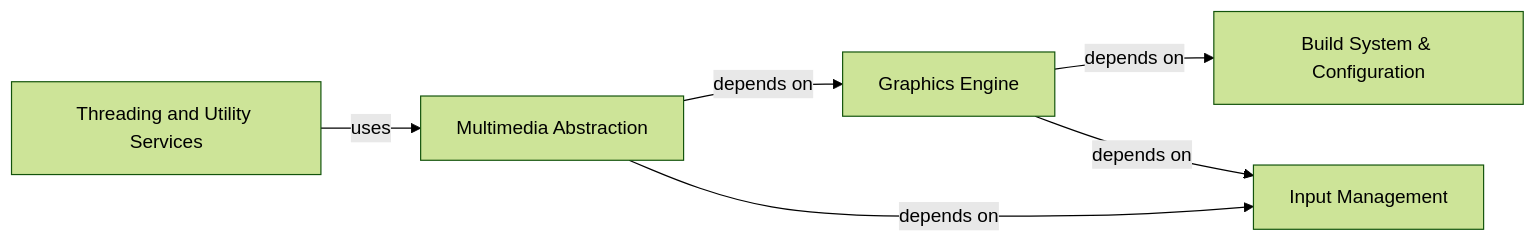
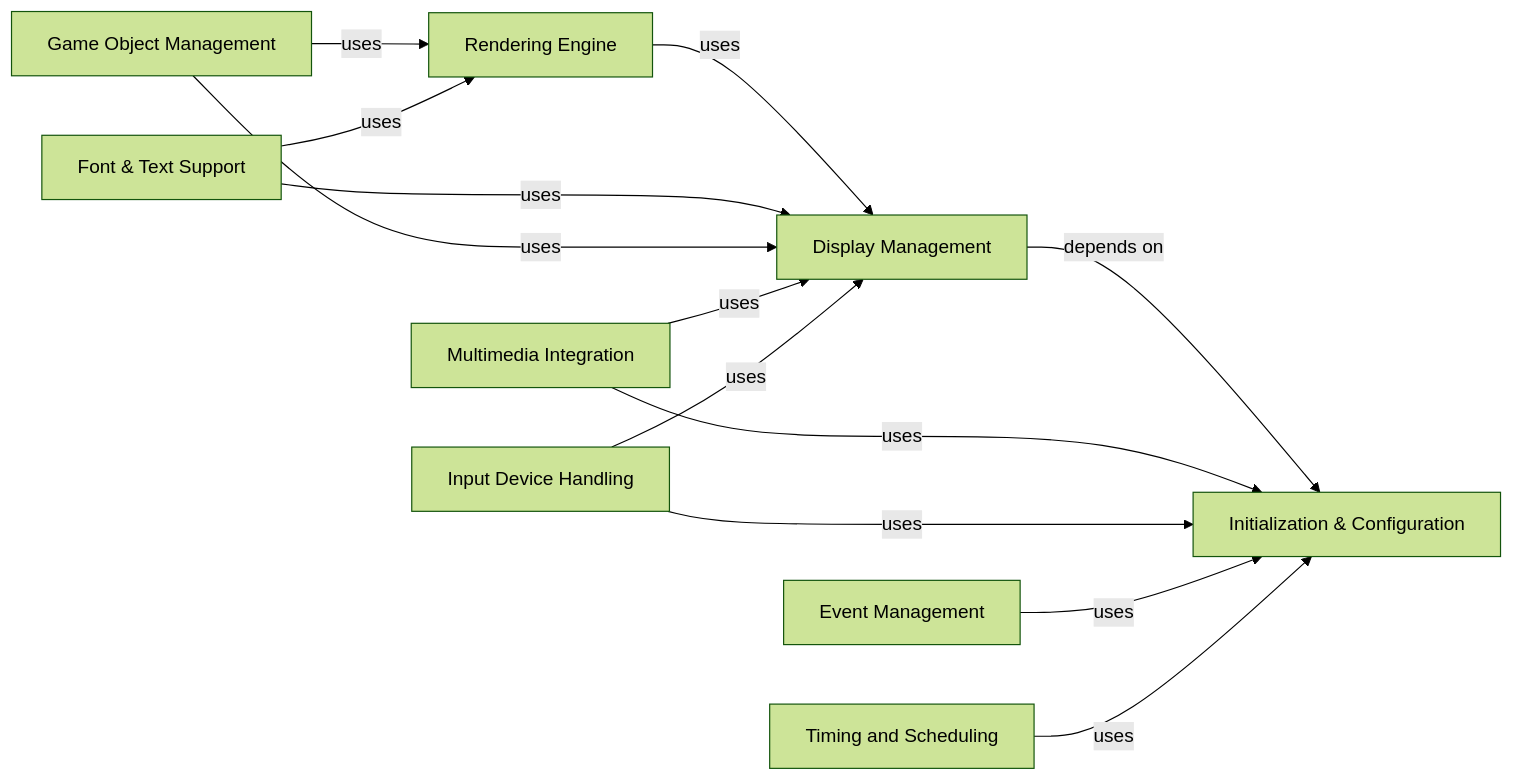
Before and after one commit to CodeBoarding/GeneratedOnBoardings: the diagram in pygame/on_boarding.md, drawn with Mermaid (forest theme). The commit also changed other lines of this file and 14 other files, not shown here.

````diff
--- a/pygame/on_boarding.md
+++ b/pygame/on_boarding.md
@@ -1,18 +1,33 @@
 ```mermaid
 graph LR
-    Build_System_Configuration["Build System & Configuration"]
-    Graphics_Engine["Graphics Engine"]
-    Input_Management["Input Management"]
-    Multimedia_Abstraction["Multimedia Abstraction"]
-    Threading_and_Utility_Services["Threading and Utility Services"]
-    Graphics_Engine -- "depends on" --> Build_System_Configuration
-    Graphics_Engine -- "depends on" --> Input_Management
-    Multimedia_Abstraction -- "depends on" --> Graphics_Engine
-    Multimedia_Abstraction -- "depends on" --> Input_Management
-    Threading_and_Utility_Services -- "uses" --> Multimedia_Abstraction
-    click Build_System_Configuration href "https://github.com/CodeBoarding/GeneratedOnBoardings/blob/main/pygame/Build System & Configuration.md" "Details"
-    click Graphics_Engine href "https://github.com/CodeBoarding/GeneratedOnBoardings/blob/main/pygame/Graphics Engine.md" "Details"
-    click Input_Management href "https://github.com/CodeBoarding/GeneratedOnBoardings/blob/main/pygame/Input Management.md" "Details"
-    click Multimedia_Abstraction href "https://github.com/CodeBoarding/GeneratedOnBoardings/blob/main/pygame/Multimedia Abstraction.md" "Details"
-    click Threading_and_Utility_Services href "https://github.com/CodeBoarding/GeneratedOnBoardings/blob/main/pygame/Threading and Utility Services.md" "Details"
+    Initialization_Configuration["Initialization & Configuration"]
+    Display_Management["Display Management"]
+    Event_Management["Event Management"]
+    Rendering_Engine["Rendering Engine"]
+    Game_Object_Management["Game Object Management"]
+    Font_Text_Support["Font & Text Support"]
+    Multimedia_Integration["Multimedia Integration"]
+    Input_Device_Handling["Input Device Handling"]
+    Timing_and_Scheduling["Timing and Scheduling"]
+    Display_Management -- "depends on" --> Initialization_Configuration
+    Rendering_Engine -- "uses" --> Display_Management
+    Game_Object_Management -- "uses" --> Rendering_Engine
+    Font_Text_Support -- "uses" --> Rendering_Engine
+    Multimedia_Integration -- "uses" --> Initialization_Configuration
+    Input_Device_Handling -- "uses" --> Initialization_Configuration
+    Event_Management -- "uses" --> Initialization_Configuration
+    Timing_and_Scheduling -- "uses" --> Initialization_Configuration
+    Font_Text_Support -- "uses" --> Display_Management
+    Game_Object_Management -- "uses" --> Display_Management
+    Multimedia_Integration -- "uses" --> Display_Management
+    Input_Device_Handling -- "uses" --> Display_Management
+    click Initialization_Configuration href "https://github.com/CodeBoarding/GeneratedOnBoardings/blob/main/pygame/Initialization & Configuration.md" "Details"
+    click Display_Management href "https://github.com/CodeBoarding/GeneratedOnBoardings/blob/main/pygame/Display Management.md" "Details"
+    click Event_Management href "https://github.com/CodeBoarding/GeneratedOnBoardings/blob/main/pygame/Event Management.md" "Details"
+    click Rendering_Engine href "https://github.com/CodeBoarding/GeneratedOnBoardings/blob/main/pygame/Rendering Engine.md" "Details"
+    click Game_Object_Management href "https://github.com/CodeBoarding/GeneratedOnBoardings/blob/main/pygame/Game Object Management.md" "Details"
+    click Font_Text_Support href "https://github.com/CodeBoarding/GeneratedOnBoardings/blob/main/pygame/Font & Text Support.md" "Details"
+    click Multimedia_Integration href "https://github.com/CodeBoarding/GeneratedOnBoardings/blob/main/pygame/Multimedia Integration.md" "Details"
+    click Input_Device_Handling href "https://github.com/CodeBoarding/GeneratedOnBoardings/blob/main/pygame/Input Device Handling.md" "Details"
+    click Timing_and_Scheduling href "https://github.com/CodeBoarding/GeneratedOnBoardings/blob/main/pygame/Timing and Scheduling.md" "Details"
 ```
````
